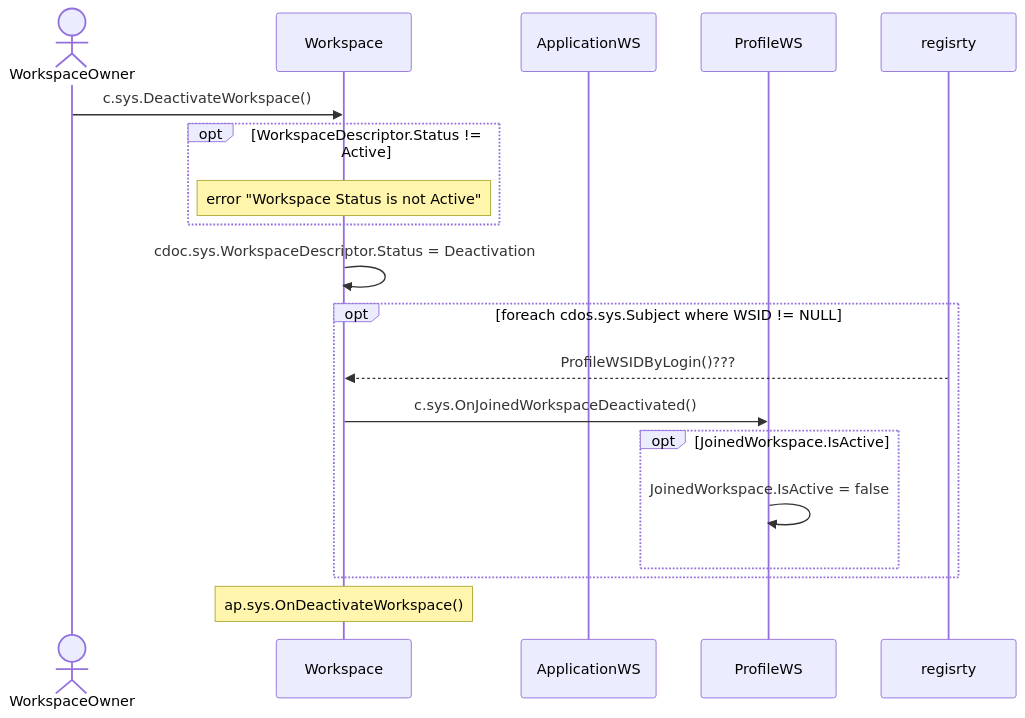
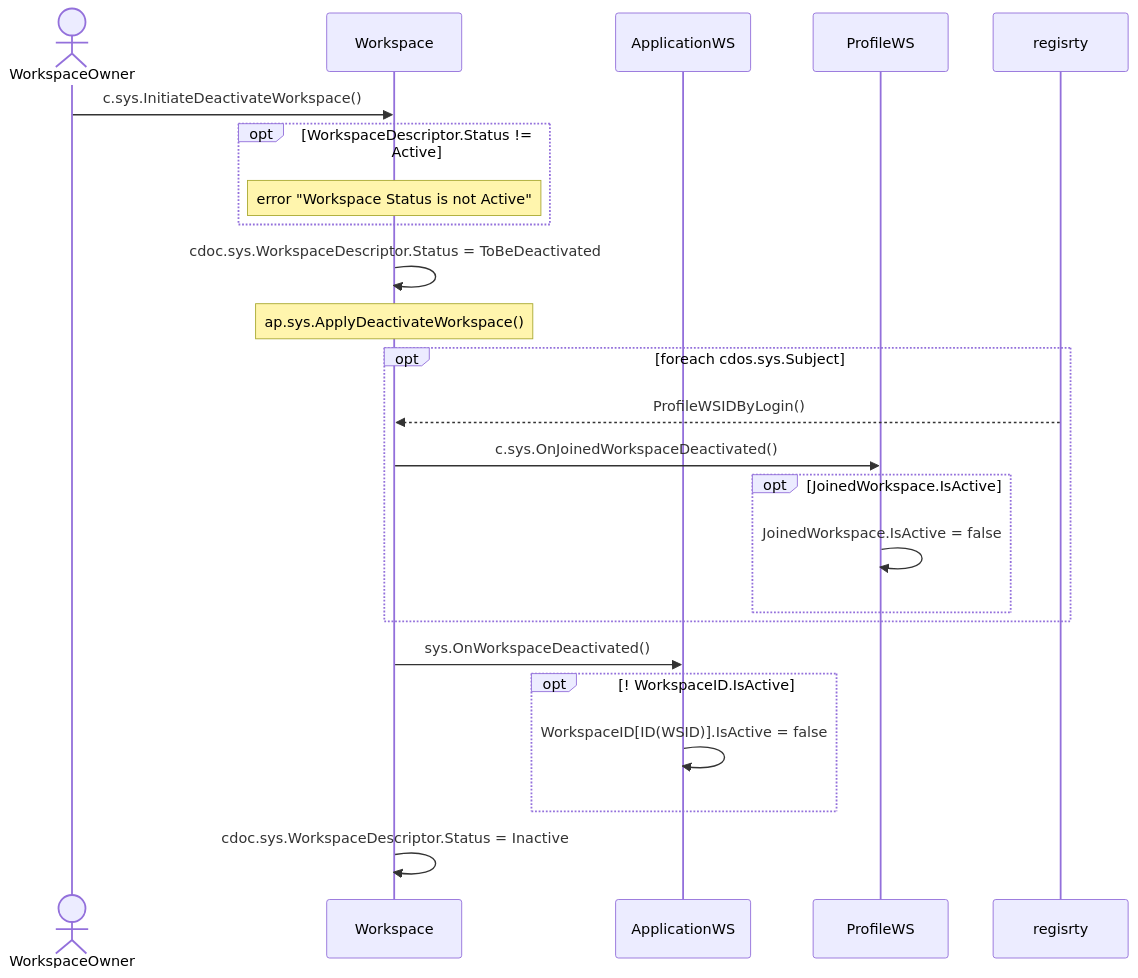
One commit to voedger/voedger changed the diagram in design/workspaces/deactivate-workspace.md. Above: the diagram before and after it, drawn with Mermaid. The commit also changed other lines of this file, not shown here.

````diff
--- a/design/workspaces/deactivate-workspace.md
+++ b/design/workspaces/deactivate-workspace.md
@@ -25,27 +24,33 @@
 ```mermaid
     sequenceDiagram
 
     actor owner as WorkspaceOwner
     participant ws as Workspace
     participant appws as ApplicationWS
     participant profile as ProfileWS
     participant registry as regisrty
 
-    owner ->> ws: c.sys.DeactivateWorkspace()
+    owner ->> ws: c.sys.InitiateDeactivateWorkspace()
     opt WorkspaceDescriptor.Status != Active
-        note over ws: error "Workspace Status is not Active"
+      note over ws: error "Workspace Status is not Active"
     end
 
-    ws ->> ws: cdoc.sys.WorkspaceDescriptor.Status = Deactivation
+    ws ->> ws: cdoc.sys.WorkspaceDescriptor.Status = ToBeDeactivated
 
-    opt foreach cdos.sys.Subject where WSID != NULL  
-      registry -->> ws : ProfileWSIDByLogin()???
+    note over ws: ap.sys.ApplyDeactivateWorkspace()
+    opt foreach cdos.sys.Subject
+      registry -->> ws : ProfileWSIDByLogin()
       ws ->> profile: c.sys.OnJoinedWorkspaceDeactivated()
       opt JoinedWorkspace.IsActive
         profile ->> profile: JoinedWorkspace.IsActive = false
       end
     end
 
-  note over ws: ap.sys.OnDeactivateWorkspace()
+    ws ->> appws: sys.OnWorkspaceDeactivated()
+    opt ! WorkspaceID.IsActive
+      appws ->> appws: WorkspaceID[ID(WSID)].IsActive = false
+    end
+
+    ws ->> ws: cdoc.sys.WorkspaceDescriptor.Status = Inactive
 
 ```
````
